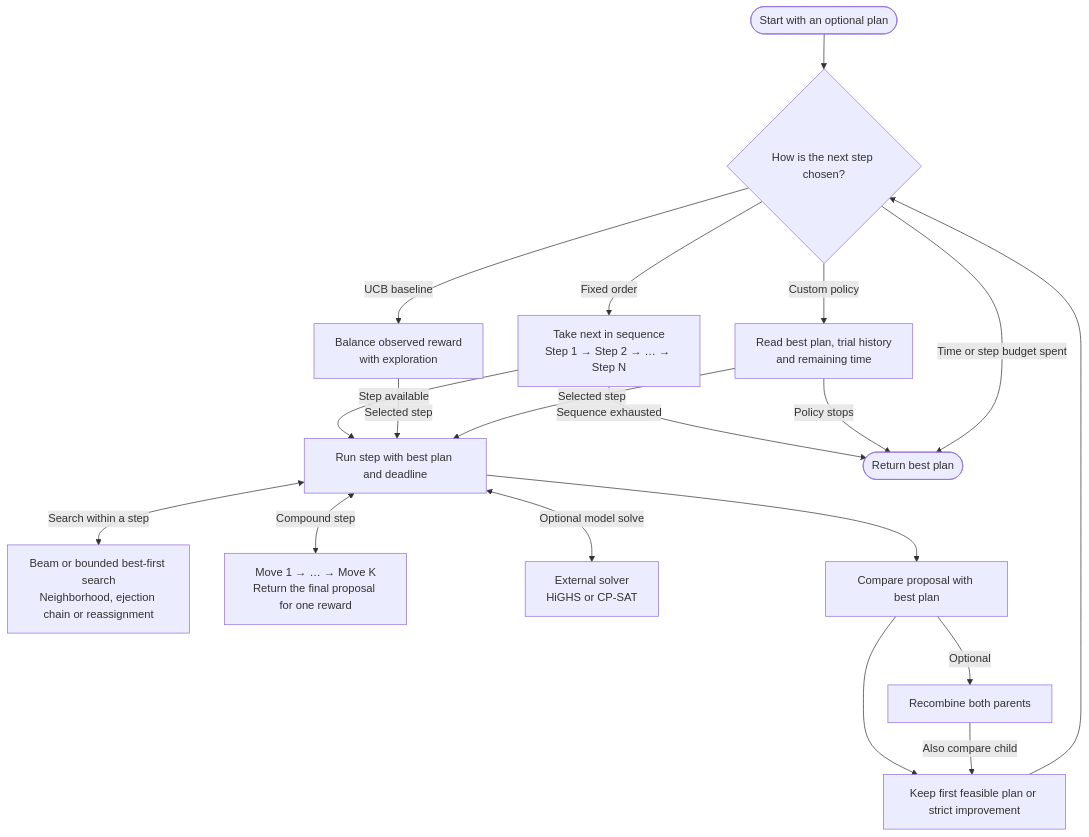
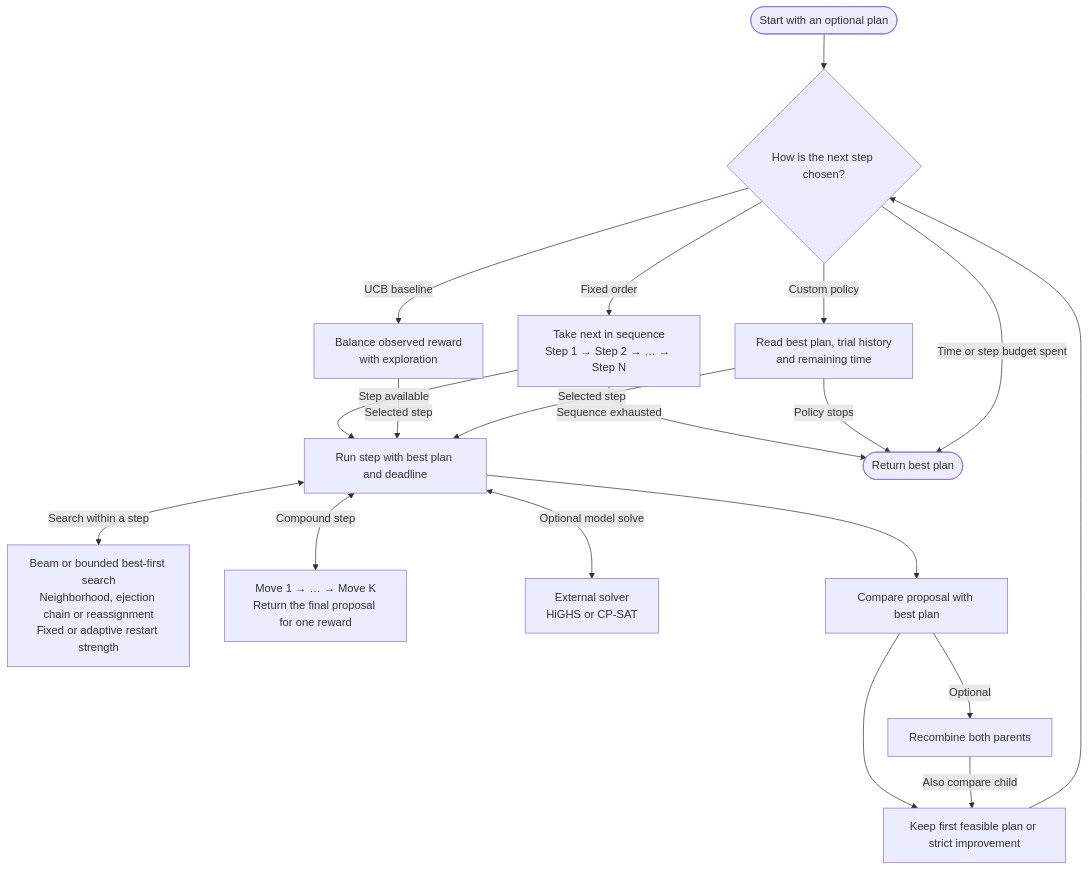
The diagram in README.md (kmmbvnr/solver), drawn with Mermaid before and after one commit. The commit also changed other lines of this file and 1 other file, not shown here.

Commit message:
Expose restart strength and show it in the pipeline diagram

````diff
--- a/README.md
+++ b/README.md
@@ -11,21 +11,21 @@
 ```mermaid
 flowchart TD
     Start(["Start with an optional plan"]) --> Pick{"How is the next step chosen?"}
     Pick -->|Fixed order| Next["Take next in sequence<br/>Step 1 → Step 2 → … → Step N"]
     Pick -->|Custom policy| Choose["Read best plan, trial history<br/>and remaining time"]
     Pick -->|UCB baseline| UCB["Balance observed reward<br/>with exploration"]
     Next -->|Step available| Run["Run step with best plan and deadline"]
     UCB -->|Selected step| Run
     Choose -->|Selected step| Run
-    Run <-->|Search within a step| Search["Beam or bounded best-first search<br/>Neighborhood, ejection chain or reassignment"]
+    Run <-->|Search within a step| Search["Beam or bounded best-first search<br/>Neighborhood, ejection chain or reassignment<br/>Fixed or adaptive restart strength"]
     Run <-->|Compound step| Seq["Move 1 → … → Move K<br/>Return the final proposal for one reward"]
     Run <-->|Optional model solve| Ext["External solver<br/>HiGHS or CP-SAT"]
     Run --> Select["Compare proposal with best plan"]
     Select --> Keep["Keep first feasible plan or strict improvement"]
     Select -->|Optional| Mix["Recombine both parents"]
     Mix -->|Also compare child| Keep
     Keep --> Pick
     Next -->|Sequence exhausted| End(["Return best plan"])
     Choose -->|Policy stops| End
     Pick -->|Time or step budget spent| End
 ```
````
